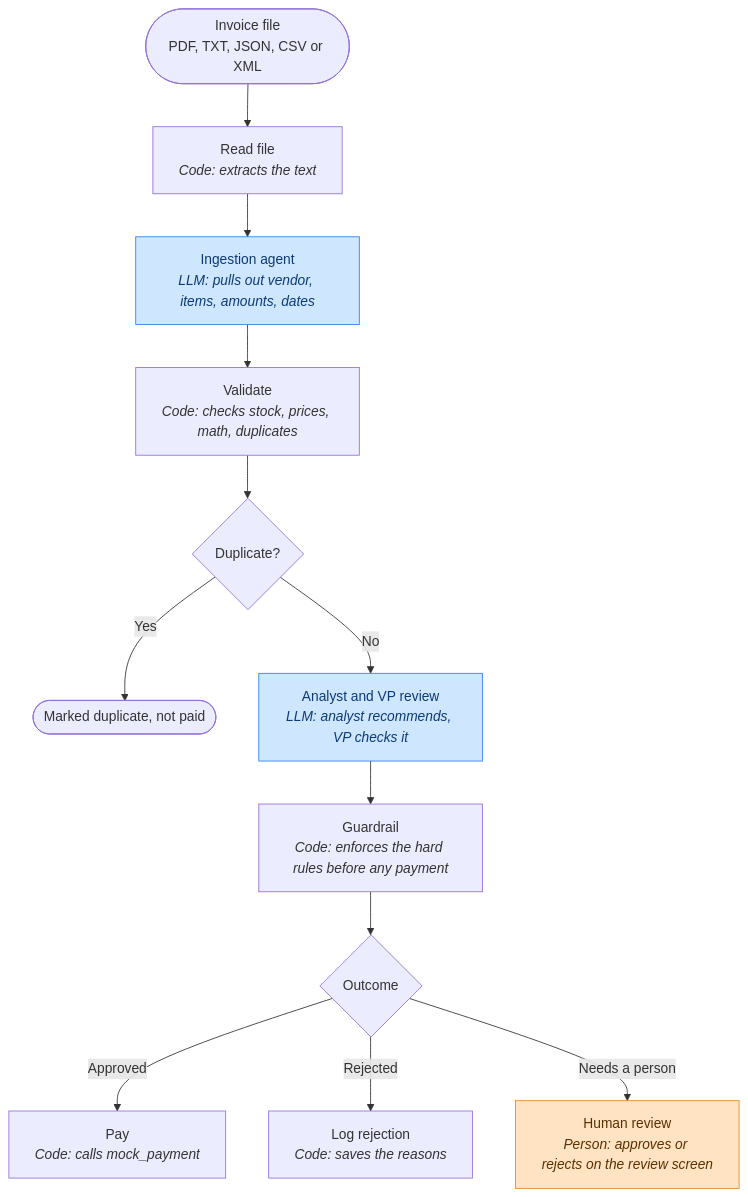
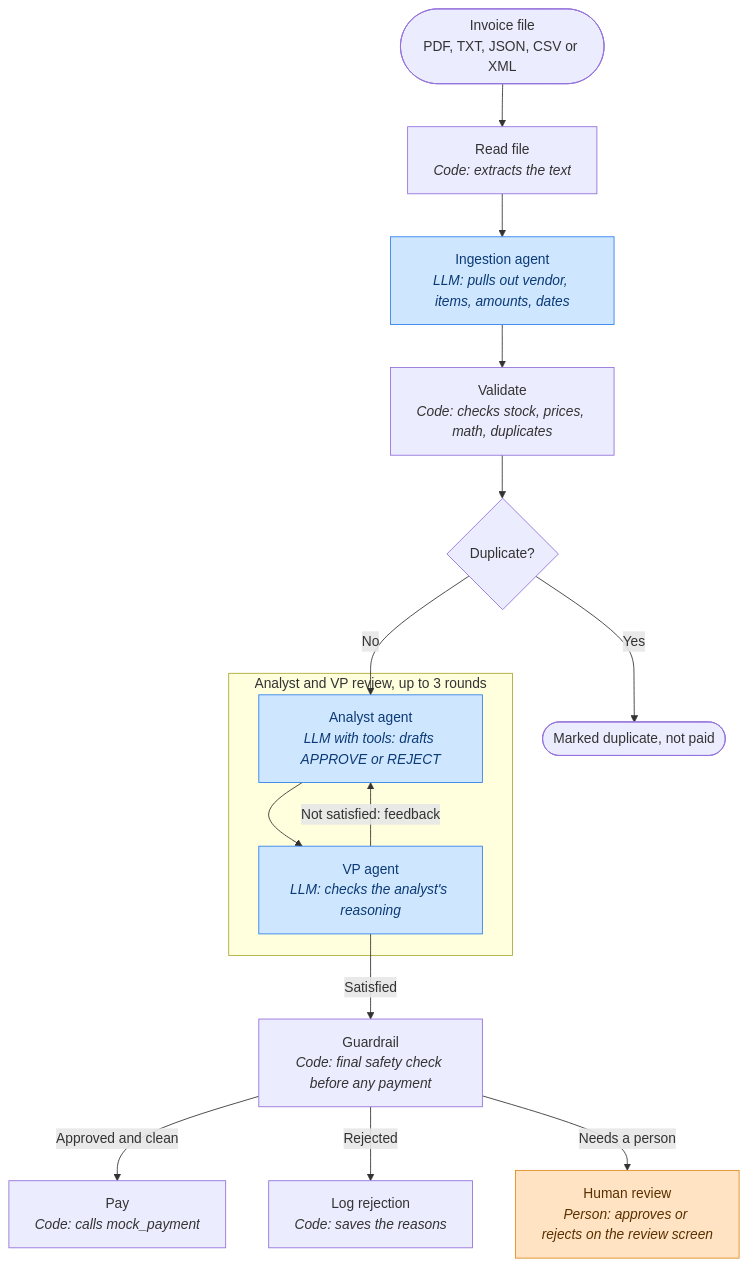
The diagram in README.md (amanluth03/galatiq-case-invoices), drawn with Mermaid before and after one commit. The commit also changed other lines of this file, not shown here.

Commit message:
Show the analyst and VP loop in the main architecture diagram

````diff
--- a/README.md
+++ b/README.md
@@ -43,19 +43,24 @@
 ```mermaid
 flowchart TD
     start(["Invoice file<br/>PDF, TXT, JSON, CSV or XML"]) --> read["Read file<br/><i>Code: extracts the text</i>"]
     read --> ingest["Ingestion agent<br/><i>LLM: pulls out vendor, items, amounts, dates</i>"]
     ingest --> validate["Validate<br/><i>Code: checks stock, prices, math, duplicates</i>"]
     validate --> dup{"Duplicate?"}
     dup -- "Yes" --> stop(["Marked duplicate, not paid"])
-    dup -- "No" --> review["Analyst and VP review<br/><i>LLM: analyst recommends, VP checks it</i>"]
-    review --> guard["Guardrail<br/><i>Code: enforces the hard rules before any payment</i>"]
-    guard --> outcome{"Outcome"}
-    outcome -- "Approved" --> pay["Pay<br/><i>Code: calls mock_payment</i>"]
-    outcome -- "Rejected" --> reject["Log rejection<br/><i>Code: saves the reasons</i>"]
-    outcome -- "Needs a person" --> human["Human review<br/><i>Person: approves or rejects on the review screen</i>"]
+    dup -- "No" --> analyst
+
+    subgraph review["Analyst and VP review, up to 3 rounds"]
+        analyst["Analyst agent<br/><i>LLM with tools: drafts APPROVE or REJECT</i>"] --> vp["VP agent<br/><i>LLM: checks the analyst's reasoning</i>"]
+        vp -- "Not satisfied: feedback" --> analyst
+    end
+
+    vp -- "Satisfied" --> guard["Guardrail<br/><i>Code: final safety check before any payment</i>"]
+    guard -- "Approved and clean" --> pay["Pay<br/><i>Code: calls mock_payment</i>"]
+    guard -- "Rejected" --> reject["Log rejection<br/><i>Code: saves the reasons</i>"]
+    guard -- "Needs a person" --> human["Human review<br/><i>Person: approves or rejects on the review screen</i>"]
 
     classDef llm fill:#cfe6ff,stroke:#2f80ed,color:#0b3a75
     classDef person fill:#ffe3c2,stroke:#e08a1e,color:#5a3000
-    class ingest,review llm
+    class ingest,analyst,vp llm
     class human person
 ```
````
